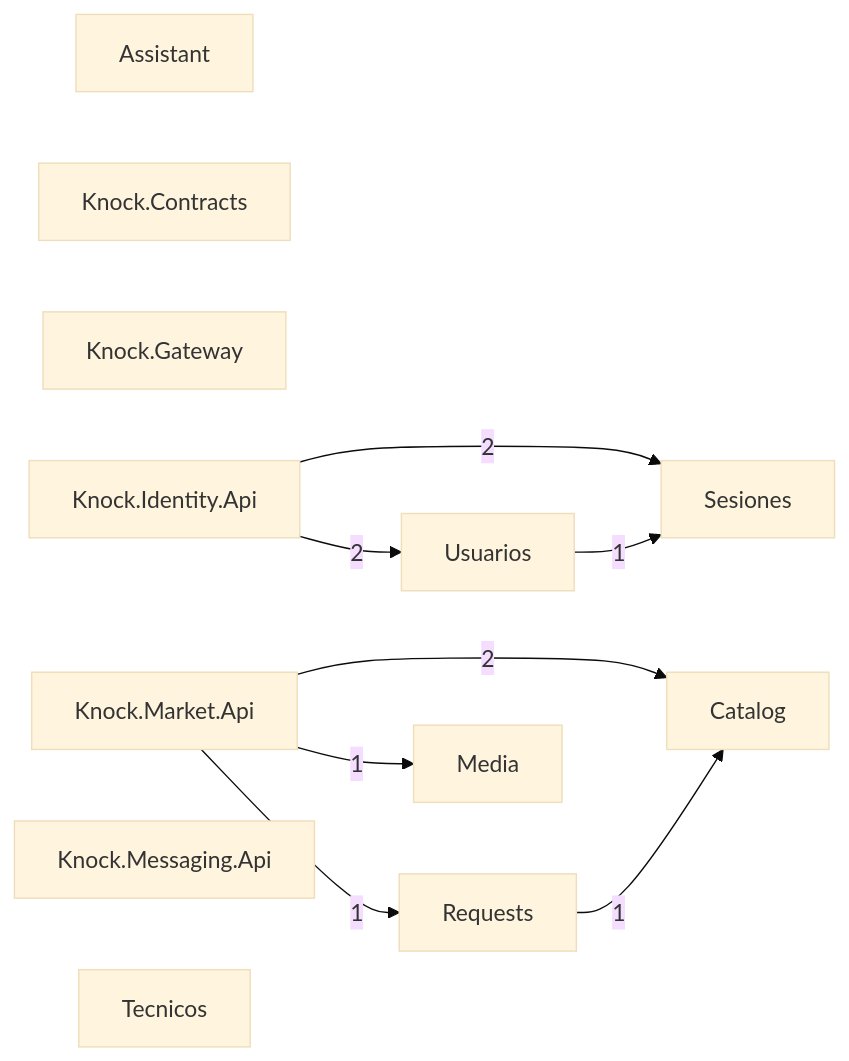
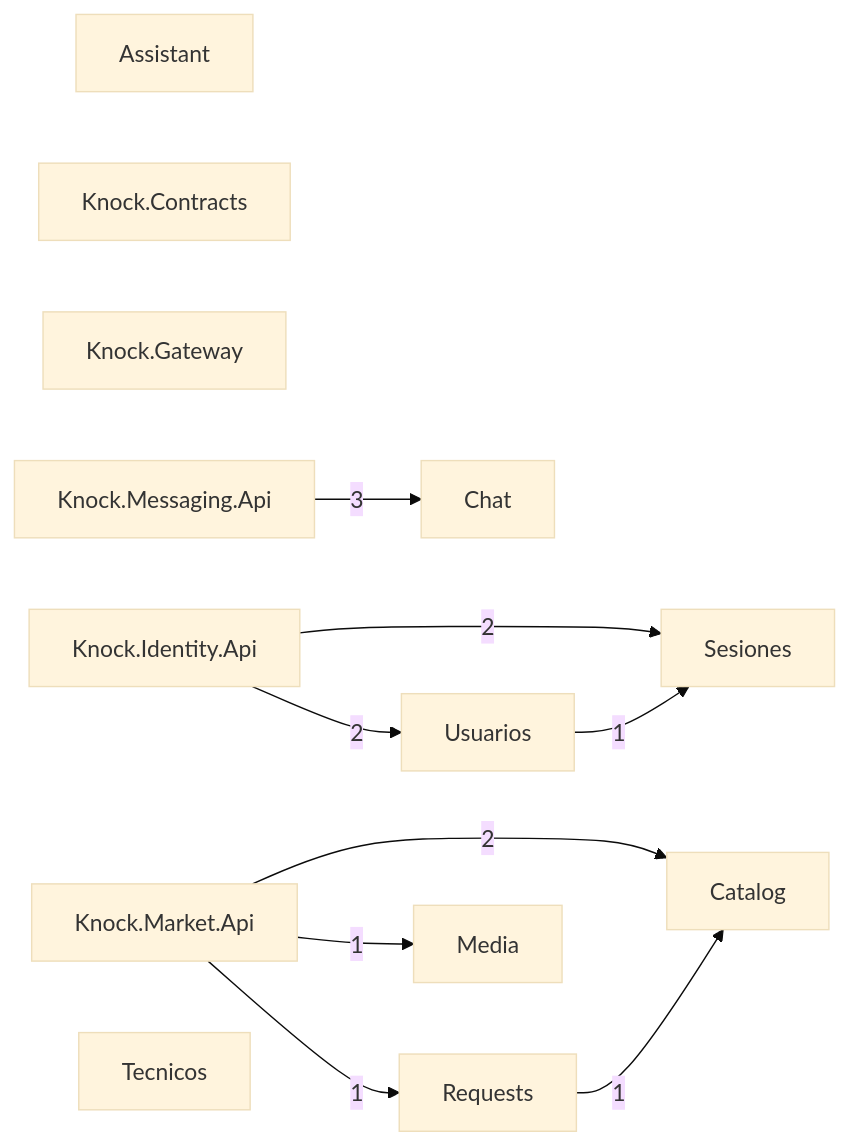
One commit to Tensei-Devs/knock-backend changed the diagram in docs/architecture/modules.mmd. Above: the diagram before and after it, drawn with Mermaid (base theme). The commit also changed 25 other files, not shown here.

Commit message:
feat(messaging): add the chat hub with Redis bridge, tests and the gateway route (KNOCK-62)

```diff
--- a/docs/architecture/modules.mmd
+++ b/docs/architecture/modules.mmd
@@ -1,20 +1,22 @@
 graph LR
   Assistant["Assistant"]
   Catalog["Catalog"]
+  Chat["Chat"]
   Knock_Contracts["Knock.Contracts"]
   Knock_Gateway["Knock.Gateway"]
   Knock_Identity_Api["Knock.Identity.Api"]
   Knock_Market_Api["Knock.Market.Api"]
   Knock_Messaging_Api["Knock.Messaging.Api"]
   Media["Media"]
   Requests["Requests"]
   Sesiones["Sesiones"]
   Tecnicos["Tecnicos"]
   Usuarios["Usuarios"]
   Knock_Identity_Api -->|2| Sesiones
   Knock_Identity_Api -->|2| Usuarios
   Knock_Market_Api -->|2| Catalog
   Knock_Market_Api -->|1| Media
   Knock_Market_Api -->|1| Requests
+  Knock_Messaging_Api -->|3| Chat
   Requests -->|1| Catalog
   Usuarios -->|1| Sesiones
```
